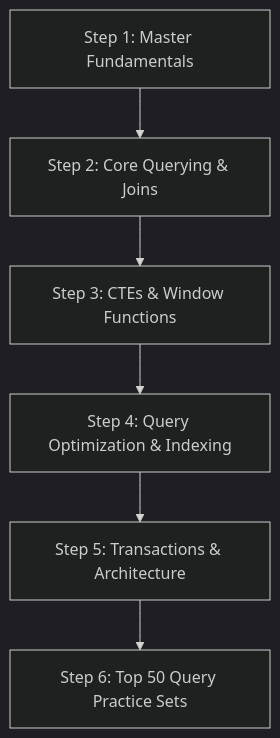
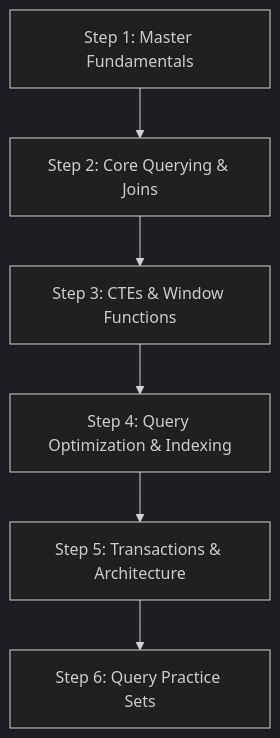
The diagram in Interview_subject/sql/README.md (priyanshu-arya/Interview_Preperation), drawn with Mermaid (dark theme) before and after one commit. The commit also changed other lines of this file and 8 other files, not shown here.

````diff
--- a/Interview_subject/sql/README.md
+++ b/Interview_subject/sql/README.md
@@ -19,8 +19,8 @@
 ```mermaid
 flowchart TD
     A[Step 1: Master Fundamentals] --> B[Step 2: Core Querying & Joins]
     B --> C[Step 3: CTEs & Window Functions]
     C --> D[Step 4: Query Optimization & Indexing]
     D --> E[Step 5: Transactions & Architecture]
-    E --> F[Step 6: Top 50 Query Practice Sets]
+    E --> F[Step 6: Query Practice Sets]
 ```
````
